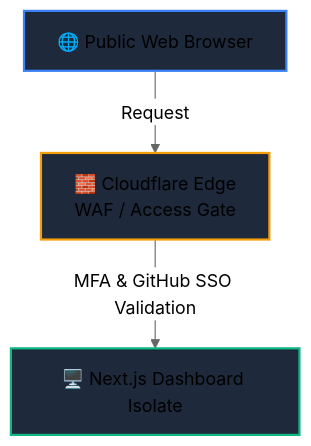
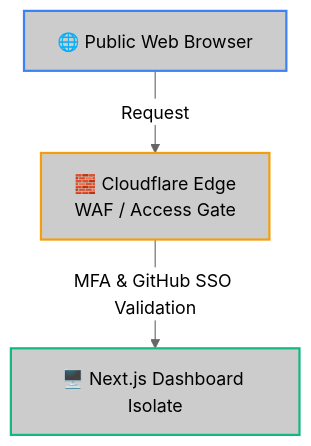
Before and after one commit to jango-blockchained/hoox-setup: the diagram in docs/devops/deployment/zero-trust.md, drawn with Mermaid (neutral theme). The commit also changed 38 other files, not shown here.

````diff
--- a/docs/devops/deployment/zero-trust.md
+++ b/docs/devops/deployment/zero-trust.md
@@ -16,9 +16,9 @@
 ```mermaid
 graph TD
     Client["🌐 Public Web Browser"] -->|Request| Gate["🧱 Cloudflare Edge<br/>WAF / Access Gate"]
     Gate -->|MFA & GitHub SSO Validation| Dash["🖥️ Next.js Dashboard Isolate"]
 
-    style Client fill:#1e293b,stroke:#3b82f6,stroke-width:2
-    style Gate fill:#1e293b,stroke:#f59e0b,stroke-width:2
-    style Dash fill:#1e293b,stroke:#10b981,stroke-width:2
+    style Client fill:#CCCCCC,stroke:#3b82f6,stroke-width:2
+    style Gate fill:#CCCCCC,stroke:#f59e0b,stroke-width:2
+    style Dash fill:#CCCCCC,stroke:#10b981,stroke-width:2
 ```
````
